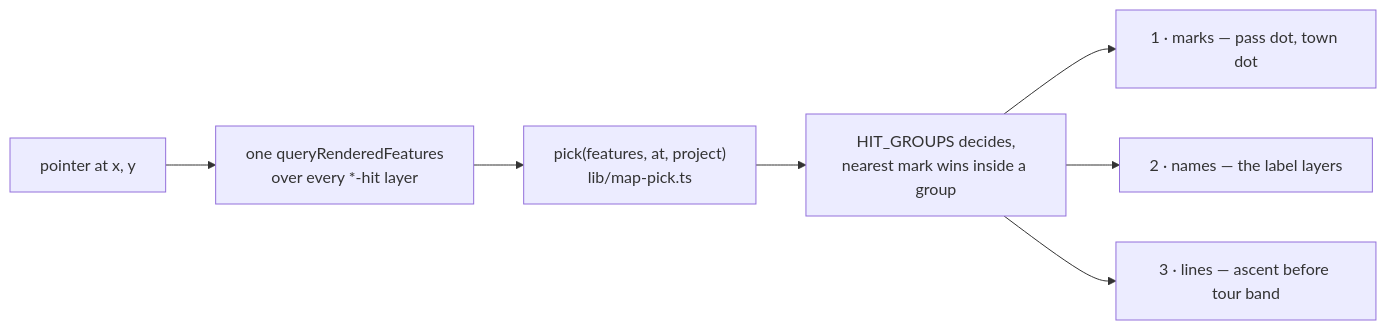
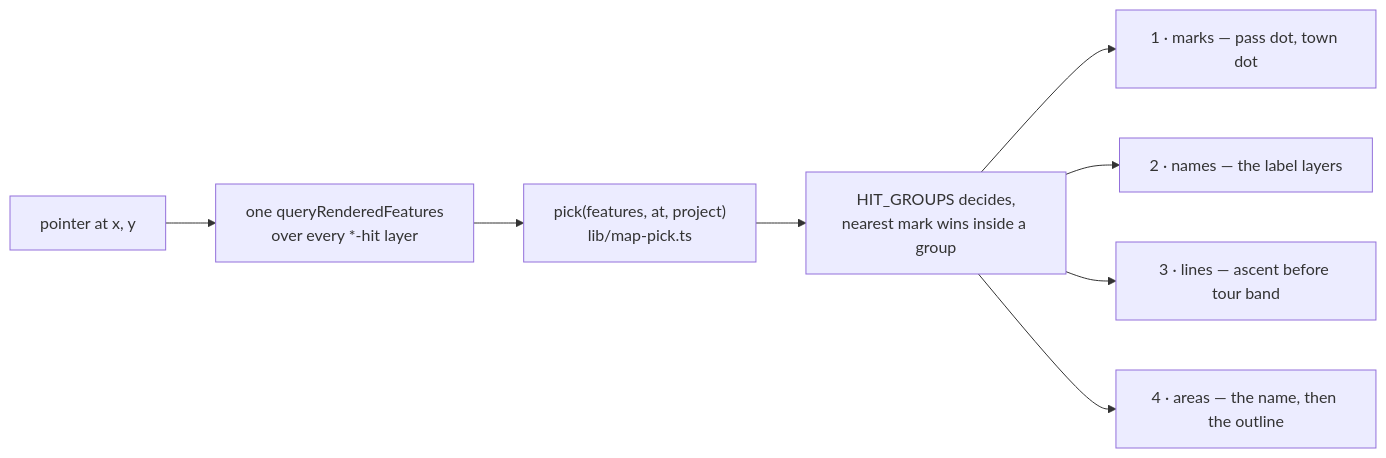
The fourth of 4 diagrams in docs/map-rendering.md (mdugue/alpen), drawn with Mermaid before and after one commit. The commit also changed other lines of this file and 248 other files, not shown here.

````diff
--- a/docs/map-rendering.md
+++ b/docs/map-rendering.md
@@ -270,9 +301,10 @@
 ```mermaid
 flowchart LR
   Q["pointer at x, y"] --> R["one queryRenderedFeatures<br/>over every *-hit layer"]
   R --> P["pick(features, at, project)<br/>lib/map-pick.ts"]
   P --> G["HIT_GROUPS decides,<br/>nearest mark wins inside a group"]
   G --> A["1 · marks — pass dot, town dot"]
   G --> B["2 · names — the label layers"]
   G --> C["3 · lines — ascent before tour band"]
+  G --> D["4 · areas — the name, then the outline"]
 ```
````
